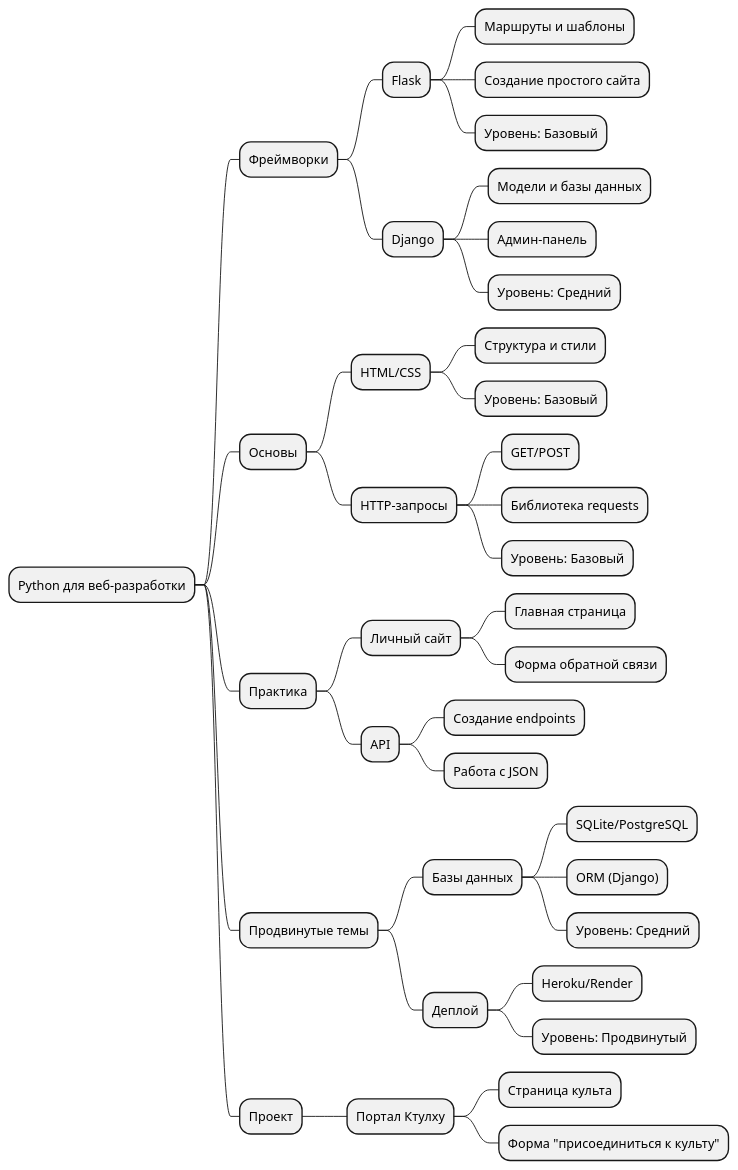
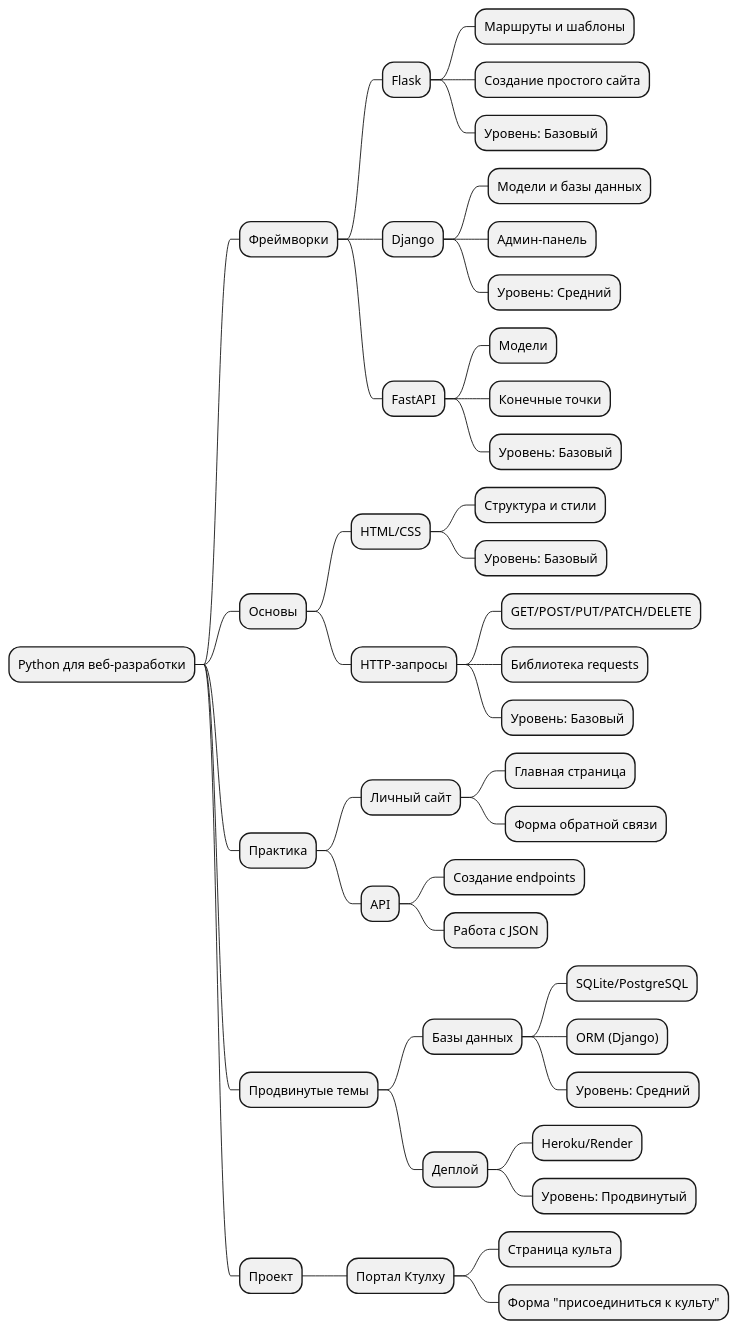
One commit to ErikNeph/ErikNeph_Obsidian changed the second of 5 diagrams in Roadmap/Направления в Python в формате PlantUML.md. Above: the diagram before and after it, drawn with PlantUML. The commit also changed other lines of this file and 17 other files, not shown here.

````diff
--- a/Roadmap/Направления в Python в формате PlantUML.md
+++ b/Roadmap/Направления в Python в формате PlantUML.md
@@ -84,41 +84,45 @@
 ```plantuml
 @startmindmap
 * Python для веб-разработки
 ** Фреймворки
 *** Flask
 **** Маршруты и шаблоны
 **** Создание простого сайта
 **** Уровень: Базовый
 *** Django
 **** Модели и базы данных
 **** Админ-панель
 **** Уровень: Средний
+*** FastAPI
+**** Модели
+**** Конечные точки
+**** Уровень: Базовый
 ** Основы
 *** HTML/CSS
 **** Структура и стили
 **** Уровень: Базовый
 *** HTTP-запросы
-**** GET/POST
+**** GET/POST/PUT/PATCH/DELETE
 **** Библиотека requests
 **** Уровень: Базовый
 ** Практика
 *** Личный сайт
 **** Главная страница
 **** Форма обратной связи
 *** API
 **** Создание endpoints
 **** Работа с JSON
 ** Продвинутые темы
 *** Базы данных
 **** SQLite/PostgreSQL
 **** ORM (Django)
 **** Уровень: Средний
 *** Деплой
 **** Heroku/Render
 **** Уровень: Продвинутый
 ** Проект
 *** Портал Ктулху
 **** Страница культа
 **** Форма "присоединиться к культу"
 @endmindmap
 ```
````
